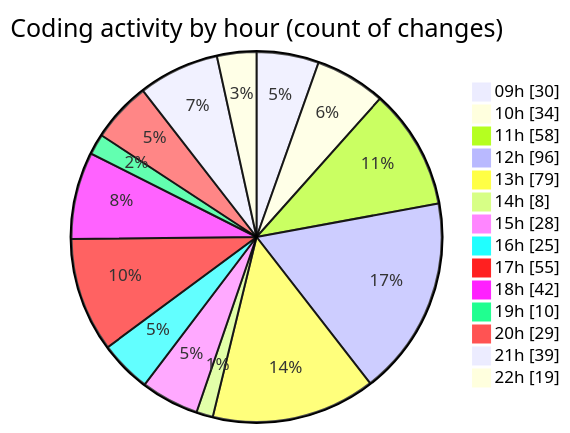
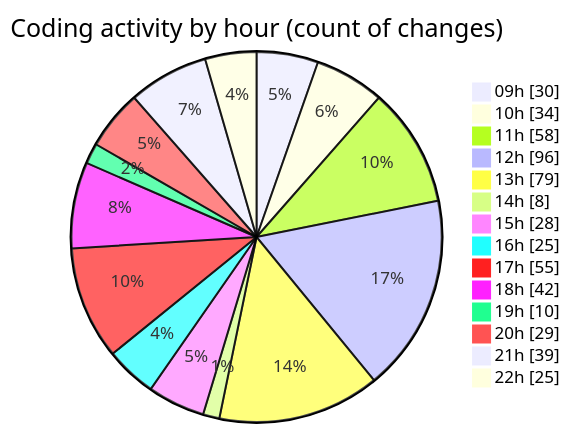
One commit to momahboobian/code-tracking changed the second of 2 diagrams in 2025-04-02/cda/README.md. Above: the diagram before and after it, drawn with Mermaid. The commit also changed other lines of this file and 1 other file, not shown here.

````diff
--- a/2025-04-02/cda/README.md
+++ b/2025-04-02/cda/README.md
@@ -40,18 +40,18 @@
 ```mermaid
 pie showData
 title Coding activity by hour (count of changes)
 "09h" : 30
 "10h" : 34
 "11h" : 58
 "12h" : 96
 "13h" : 79
 "14h" : 8
 "15h" : 28
 "16h" : 25
 "17h" : 55
 "18h" : 42
 "19h" : 10
 "20h" : 29
 "21h" : 39
-"22h" : 19
+"22h" : 25
 ```
````
